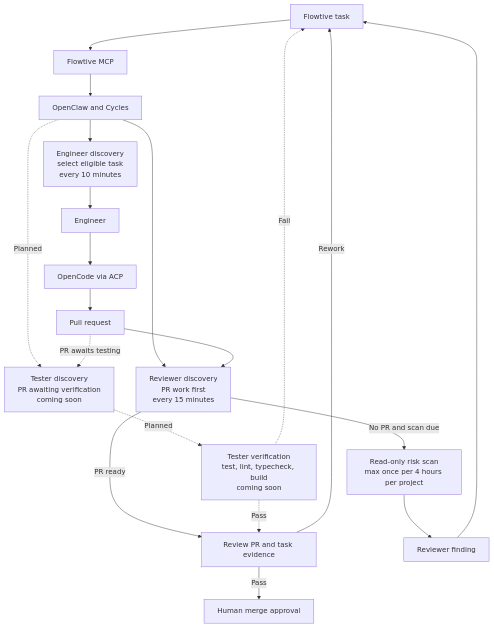
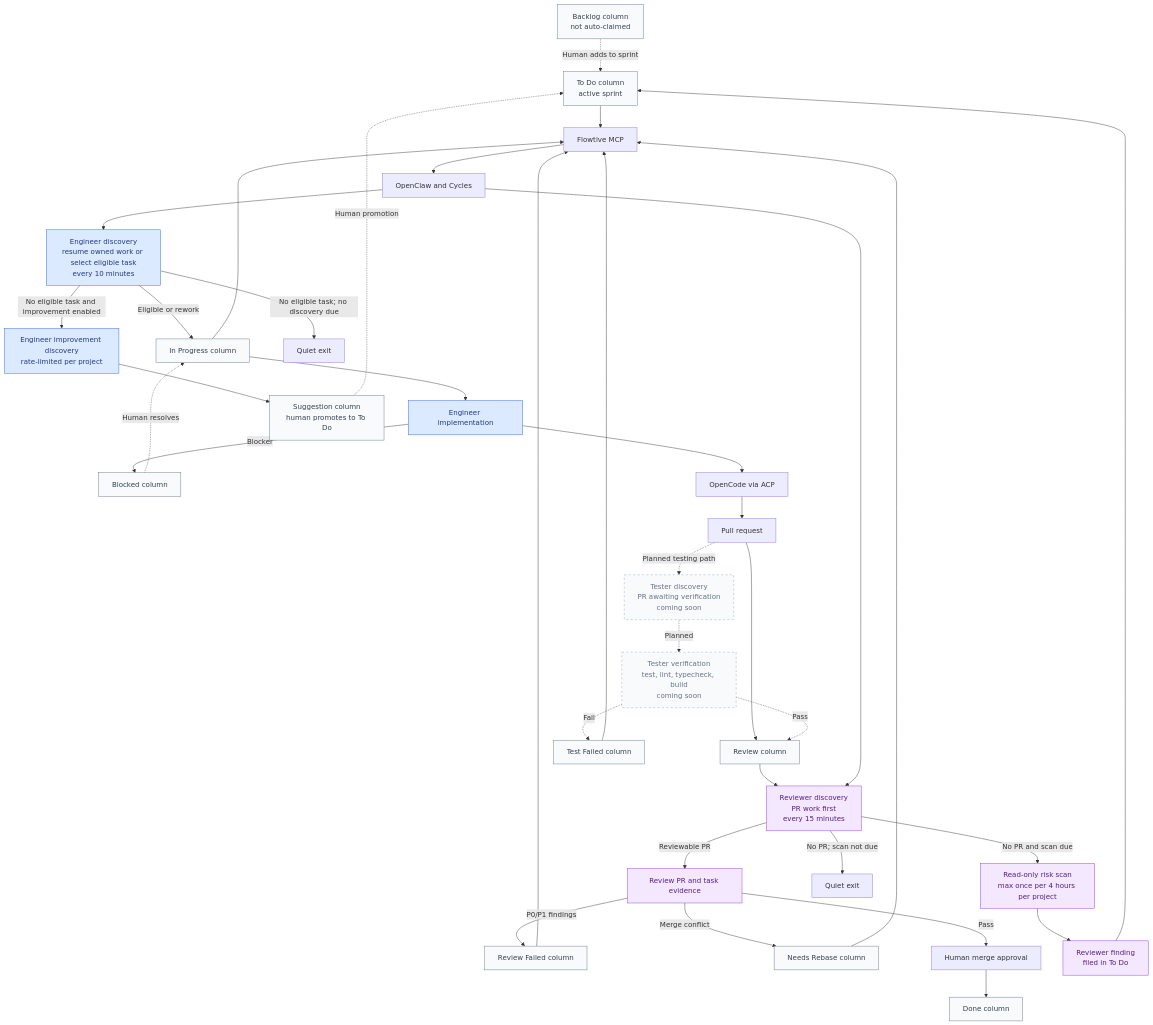
One commit to programmerlapar/programmerlapar changed the diagram in README.md. Above: the diagram before and after it, drawn with Mermaid. The commit also changed other lines of this file, not shown here.

Commit message:
Document Cycles workflow columns

````diff
--- a/README.md
+++ b/README.md
@@ -17,24 +17,56 @@
 ```mermaid
 flowchart TB
-    F[Flowtive task] --> M[Flowtive MCP]
+    B[Backlog column\nnot auto-claimed]:::column
+    T[To Do column\nactive sprint]:::column
+    IP[In Progress column]:::column
+    RV[Review column]:::column
+    RF[Review Failed column]:::column
+    NR[Needs Rebase column]:::column
+    TF[Test Failed column]:::column
+    BL[Blocked column]:::column
+    D[Done column]:::column
+
+    B -. Human adds to sprint .-> T
+    T --> M[Flowtive MCP]
+    IP --> M
+    RF --> M
+    NR --> M
+    TF --> M
     M --> O[OpenClaw and Cycles]
-    O --> ED[Engineer discovery\nselect eligible task\nevery 10 minutes]
-    ED --> E[Engineer]
+
+    O --> ED[Engineer discovery\nresume owned work or select eligible task\nevery 10 minutes]:::engineer
+    ED -->|Eligible or rework| IP
+    IP --> E[Engineer implementation]:::engineer
     E --> A[OpenCode via ACP]
     A --> P[Pull request]
+    P --> RV
+    E -->|Blocker| BL
+    BL -. Human resolves .-> IP
 
-    O --> RD[Reviewer discovery\nPR work first\nevery 15 minutes]
-    P --> RD
-    RD -->|PR ready| R[Review PR and task evidence]
+    ED -->|No eligible task and improvement enabled| ID[Engineer improvement discovery\nrate-limited per project]:::engineer
+    ID --> S[Suggestion column\nhuman promotes to To Do]:::column
+    S -. Human promotion .-> T
+    ED -->|No eligible task; no discovery due| EQ[Quiet exit]
+
+    RV --> RD[Reviewer discovery\nPR work first\nevery 15 minutes]:::reviewer
+    O --> RD
+    RD -->|Reviewable PR| R[Review PR and task evidence]:::reviewer
     R -->|Pass| H[Human merge approval]
-    R -->|Rework| F
-    RD -->|No PR and scan due| I[Read-only risk scan\nmax once per 4 hours per project]
-    I --> RF[Reviewer finding]
-    RF --> F
+    H --> D
+    R -->|P0/P1 findings| RF
+    R -->|Merge conflict| NR
+    RD -->|No PR and scan due| I[Read-only risk scan\nmax once per 4 hours per project]:::reviewer
+    I --> F[Reviewer finding\nfiled in To Do]:::reviewer
+    F --> T
+    RD -->|No PR; scan not due| RQ[Quiet exit]
 
-    O -. Planned .-> TD[Tester discovery\nPR awaiting verification\ncoming soon]
-    P -. PR awaits testing .-> TD
-    TD -. Planned .-> T[Tester verification\ntest, lint, typecheck, build\ncoming soon]
-    T -. Pass .-> R
-    T -. Fail .-> F
+    P -. Planned testing path .-> TD[Tester discovery\nPR awaiting verification\ncoming soon]:::tester
+    TD -. Planned .-> TV[Tester verification\ntest, lint, typecheck, build\ncoming soon]:::tester
+    TV -. Pass .-> RV
+    TV -. Fail .-> TF
+
+    classDef column fill:#f8fafc,stroke:#64748b,color:#334155;
+    classDef engineer fill:#dbeafe,stroke:#2563eb,color:#1e3a8a;
+    classDef reviewer fill:#f3e8ff,stroke:#9333ea,color:#581c87;
+    classDef tester fill:#f8fafc,stroke:#94a3b8,stroke-dasharray: 5 5,color:#64748b;
 ```
````
